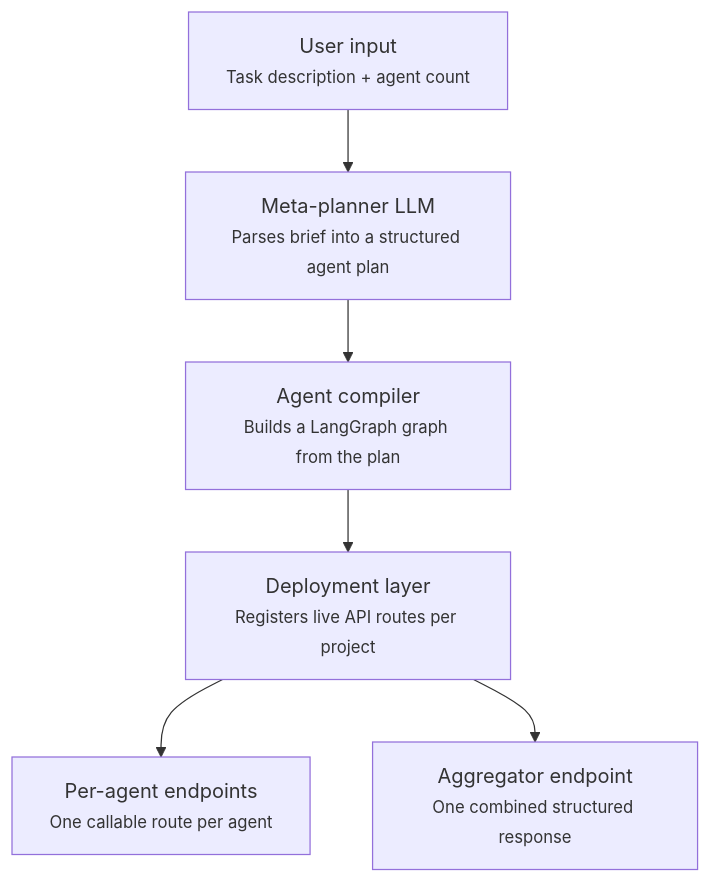
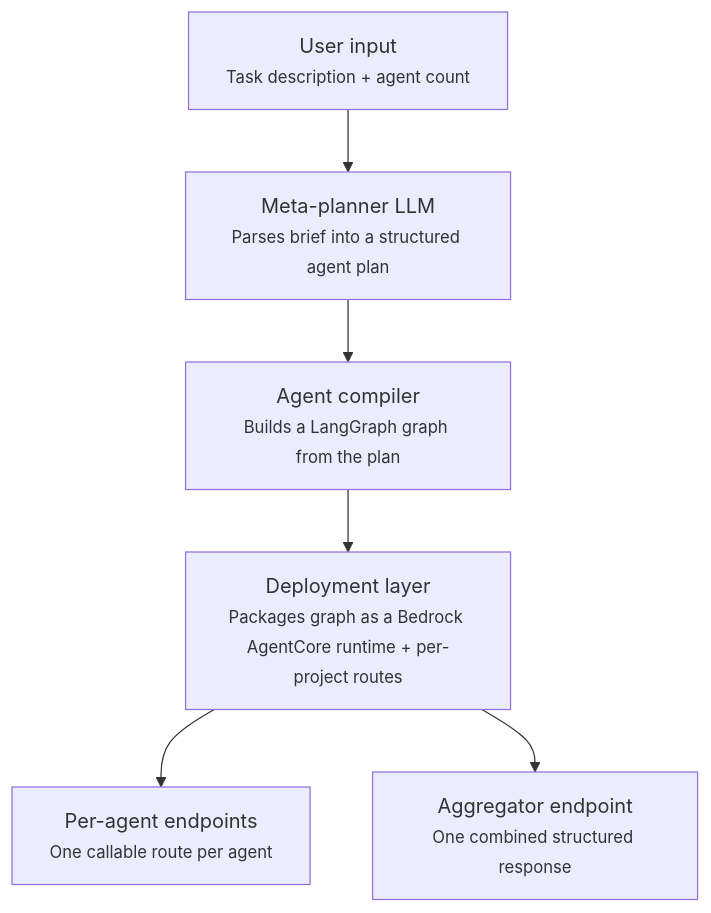
The diagram in README (2).md (sounak0283/agentic-platform), drawn with Mermaid before and after one commit. The commit also changed other lines of this file and 13 other files, not shown here.

````diff
--- a/README (2).md
+++ b/README (2).md
@@ -61,8 +61,8 @@
 ```mermaid
 flowchart TD
     A["User input<br/><small>Task description + agent count</small>"] --> B["Meta-planner LLM<br/><small>Parses brief into a structured agent plan</small>"]
     B --> C["Agent compiler<br/><small>Builds a LangGraph graph from the plan</small>"]
-    C --> D["Deployment layer<br/><small>Registers live API routes per project</small>"]
+    C --> D["Deployment layer<br/><small>Packages graph as a Bedrock AgentCore runtime + per-project routes</small>"]
     D --> E["Per-agent endpoints<br/><small>One callable route per agent</small>"]
     D --> F["Aggregator endpoint<br/><small>One combined structured response</small>"]
 ```
````
